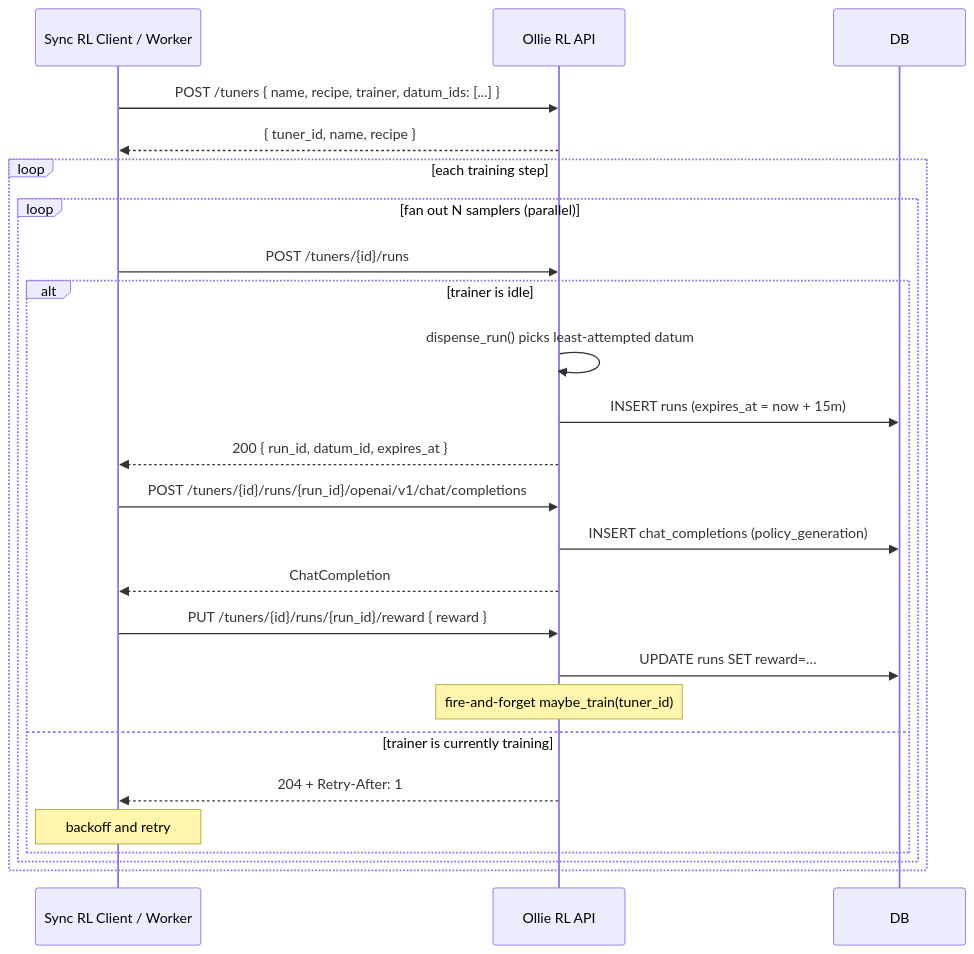
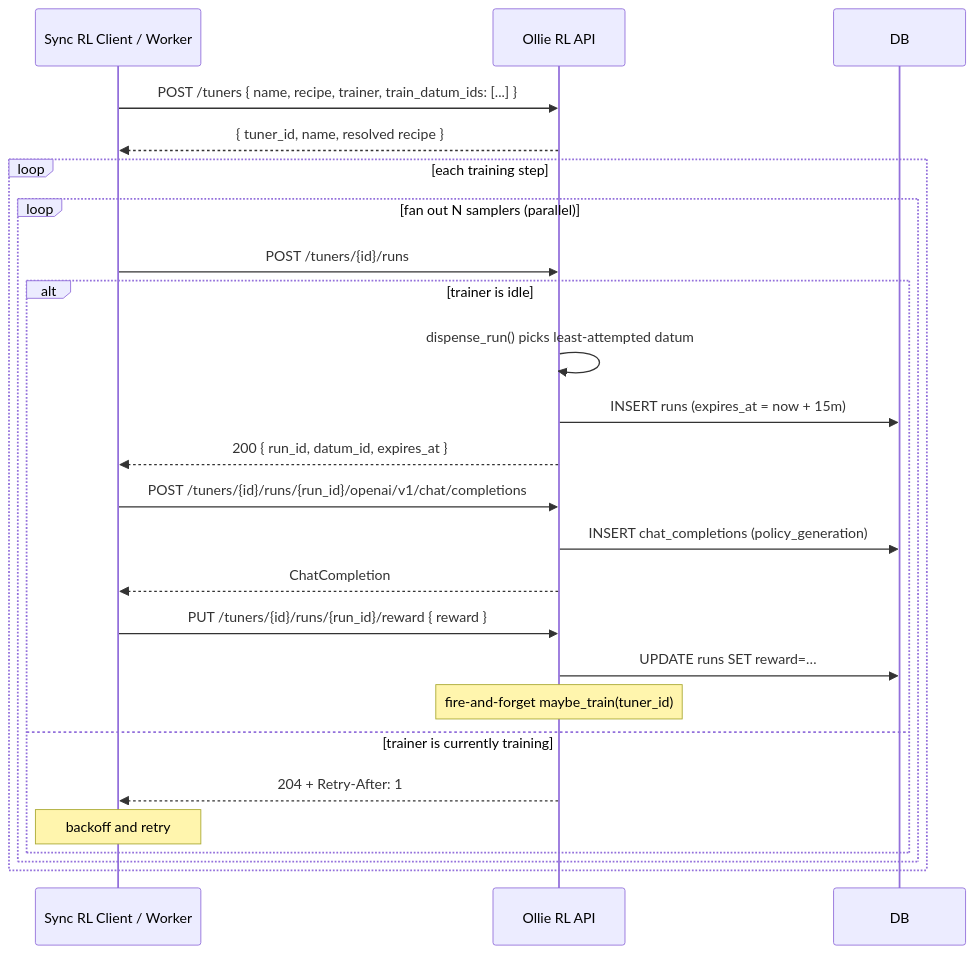
One commit to wsxiaoys/ollie-rl changed the first of 2 diagrams in .agents/skills/dev/references/sync-rl.md. Above: the diagram before and after it, drawn with Mermaid. The commit also changed other lines of this file and 16 other files, not shown here.

````diff
--- a/.agents/skills/dev/references/sync-rl.md
+++ b/.agents/skills/dev/references/sync-rl.md
@@ -8,29 +8,29 @@
 ```mermaid
 sequenceDiagram
     participant C as Sync RL Client / Worker
     participant API as Ollie RL API
     participant DB as DB
 
-    C->>API: POST /tuners { name, recipe, trainer, datum_ids: [...] }
-    API-->>C: { tuner_id, name, recipe }
+    C->>API: POST /tuners { name, recipe, trainer, train_datum_ids: [...] }
+    API-->>C: { tuner_id, name, resolved recipe }
 
     loop each training step
         loop fan out N samplers (parallel)
             C->>API: POST /tuners/{id}/runs
             alt trainer is idle
                 API->>API: dispense_run() picks least-attempted datum
                 API->>DB: INSERT runs (expires_at = now + 15m)
                 API-->>C: 200 { run_id, datum_id, expires_at }
                 C->>API: POST /tuners/{id}/runs/{run_id}/openai/v1/chat/completions
                 API->>DB: INSERT chat_completions (policy_generation)
                 API-->>C: ChatCompletion
                 C->>API: PUT /tuners/{id}/runs/{run_id}/reward { reward }
                 API->>DB: UPDATE runs SET reward=…
                 Note over API: fire-and-forget maybe_train(tuner_id)
             else trainer is currently training
                 API-->>C: 204 + Retry-After: 1
                 Note over C: backoff and retry
             end
         end
     end
 ```
````
